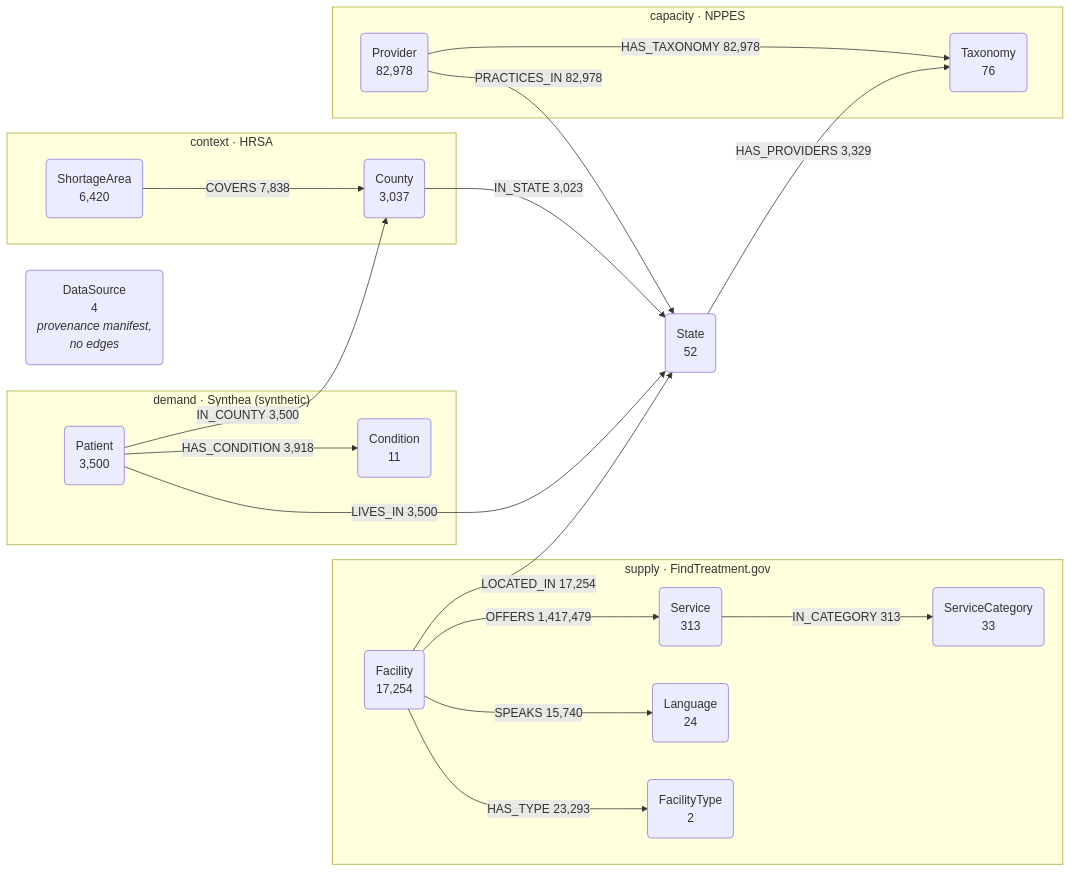
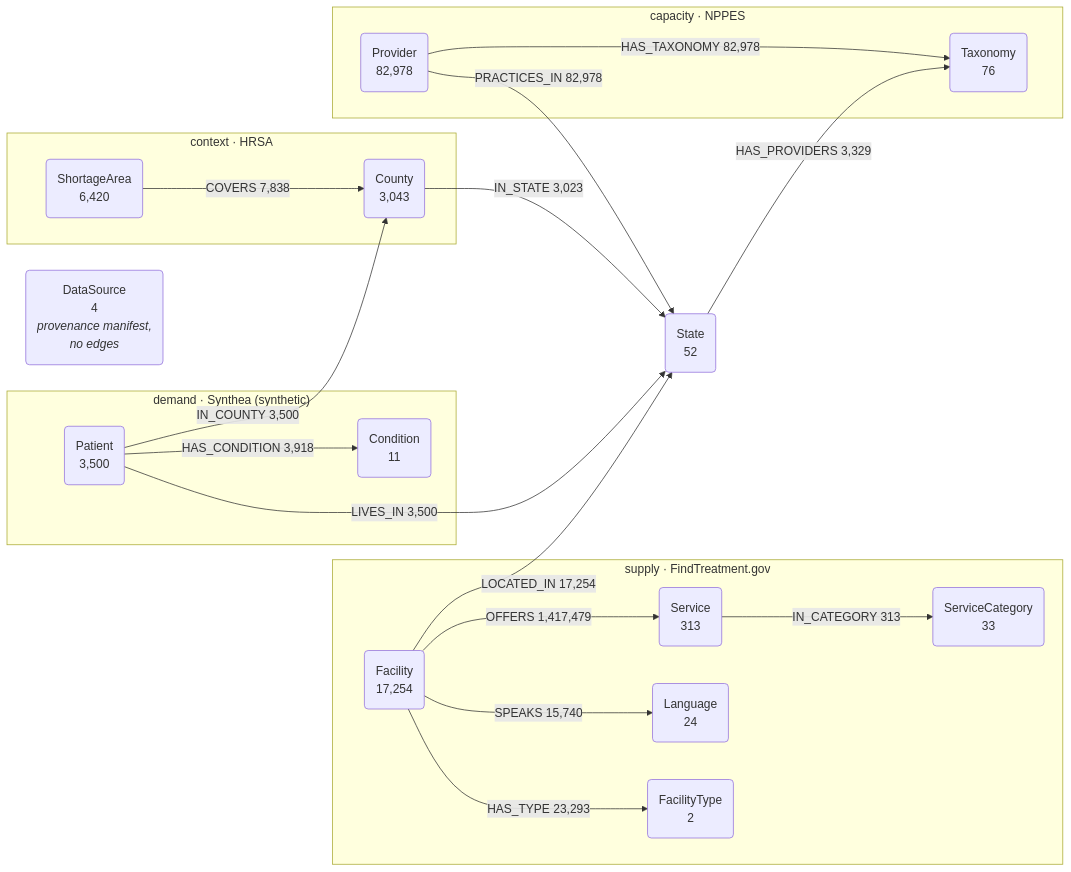
Before and after one commit to samyama-ai/mental-health-kg: the diagram in README.md, drawn with Mermaid. The commit also changed other lines of this file and 10 other files, not shown here.

````diff
--- a/README.md
+++ b/README.md
@@ -66,38 +66,38 @@
 ```mermaid
 graph LR
     subgraph supply["supply · FindTreatment.gov"]
         F("Facility<br/>17,254")
         SV("Service<br/>313")
         SC("ServiceCategory<br/>33")
         L("Language<br/>24")
         FT("FacilityType<br/>2")
     end
     subgraph capacity["capacity · NPPES"]
         PR("Provider<br/>82,978")
         TX("Taxonomy<br/>76")
     end
     subgraph shortage["context · HRSA"]
         SA("ShortageArea<br/>6,420")
-        CT("County<br/>3,037")
+        CT("County<br/>3,043")
     end
     subgraph demand["demand · Synthea (synthetic)"]
         PA("Patient<br/>3,500")
         CO("Condition<br/>11")
     end
     S("State<br/>52")
     DS("DataSource<br/>4<br/><i>provenance manifest,<br/>no edges</i>")
 
     F -- "OFFERS 1,417,479" --> SV
     F -- "SPEAKS 15,740" --> L
     F -- "HAS_TYPE 23,293" --> FT
     F -- "LOCATED_IN 17,254" --> S
     SV -- "IN_CATEGORY 313" --> SC
     PR -- "HAS_TAXONOMY 82,978" --> TX
     PR -- "PRACTICES_IN 82,978" --> S
     S -- "HAS_PROVIDERS 3,329" --> TX
     SA -- "COVERS 7,838" --> CT
     CT -- "IN_STATE 3,023" --> S
     PA -- "HAS_CONDITION 3,918" --> CO
     PA -- "LIVES_IN 3,500" --> S
     PA -- "IN_COUNTY 3,500" --> CT
 ```
````
